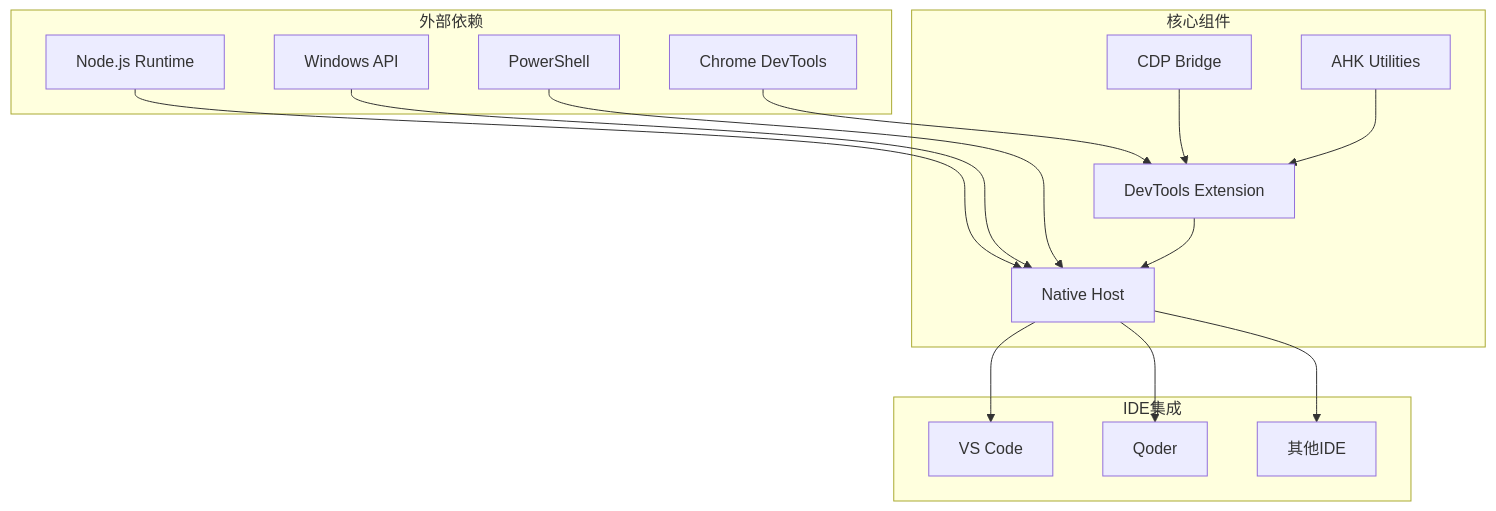
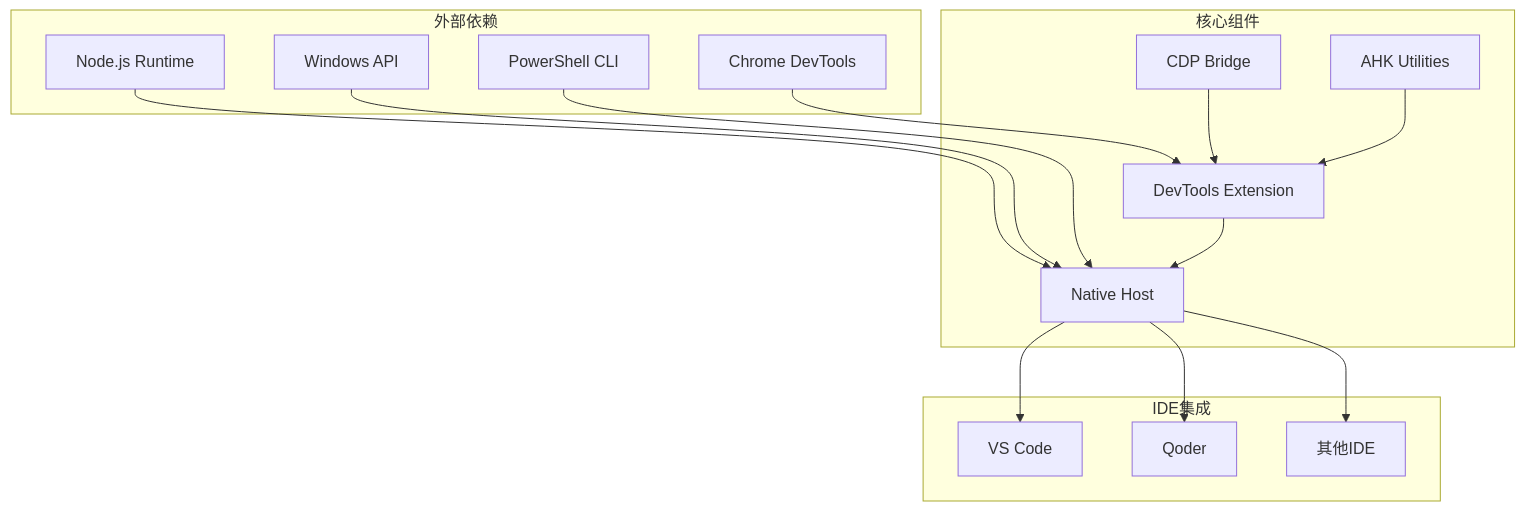
Before and after one commit to wangys-123doit/hotkey: the ninth of 10 diagrams in .qoder/repowiki/zh/content/外部工具集成/DevTools VS Code 开发者工具集成系统.md, drawn with Mermaid. The commit also changed other lines of this file and 9 other files, not shown here.

````diff
--- a/.qoder/repowiki/zh/content/外部工具集成/DevTools VS Code 开发者工具集成系统.md
+++ b/.qoder/repowiki/zh/content/外部工具集成/DevTools VS Code 开发者工具集成系统.md
@@ -320,30 +343,30 @@
 ```mermaid
 graph TB
 subgraph "外部依赖"
 A[Chrome DevTools]
 B[Node.js Runtime]
 C[Windows API]
-D[PowerShell]
+D[PowerShell CLI]
 end
 subgraph "核心组件"
 E[DevTools Extension]
 F[Native Host]
 G[CDP Bridge]
 H[AHK Utilities]
 end
 subgraph "IDE集成"
 I[VS Code]
 J[Qoder]
 K[其他IDE]
 end
 A --> E
 B --> F
 C --> F
 D --> F
 E --> F
 F --> I
 F --> J
 F --> K
 G --> E
 H --> E
 ```
````
